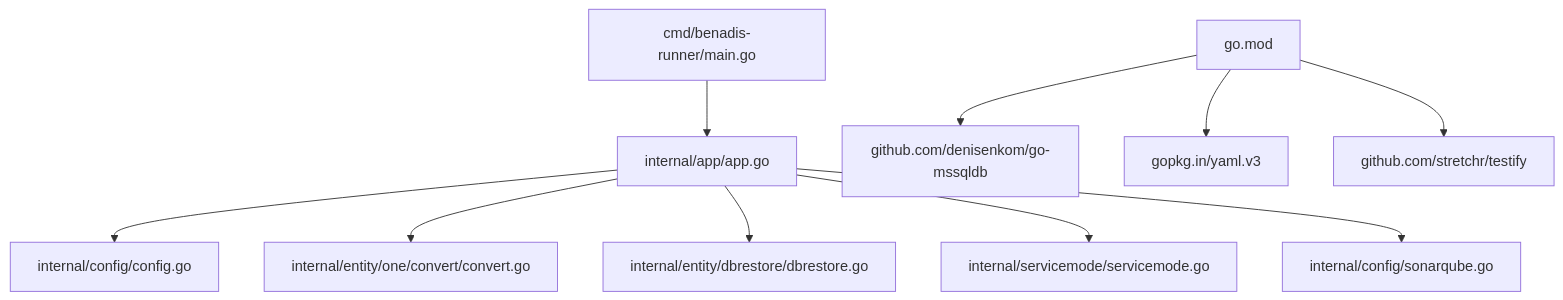
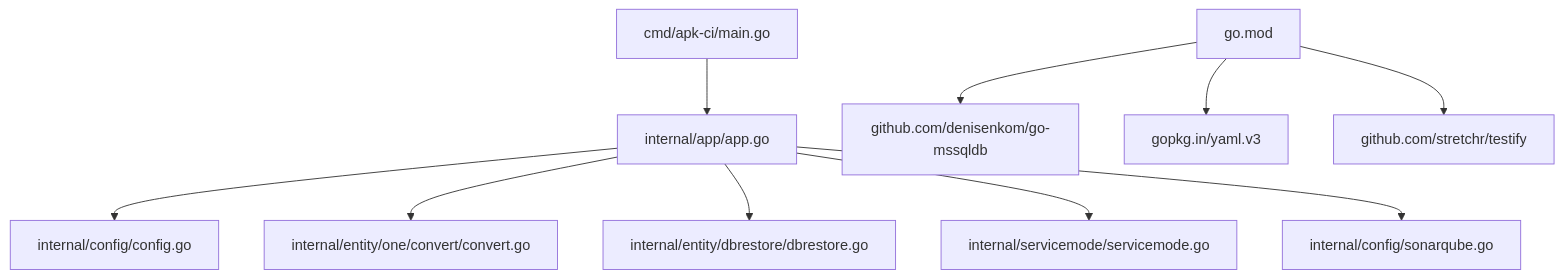
One commit to Kargones/apk-ci changed the ninth of 9 diagrams in .qoder/repowiki/en/content/Tool Overview & Core Value/Documentation Structure.md. Above: the diagram before and after it, drawn with Mermaid. The commit also changed other lines of this file and 189 other files, not shown here.

Commit message:
Замена benadis-runner на apk-ci.

````diff
--- a/.qoder/repowiki/en/content/Tool Overview & Core Value/Documentation Structure.md
+++ b/.qoder/repowiki/en/content/Tool Overview & Core Value/Documentation Structure.md
@@ -356,12 +356,12 @@
 ```mermaid
 graph TB
-MAIN["cmd/benadis-runner/main.go"] --> APP["internal/app/app.go"]
+MAIN["cmd/apk-ci/main.go"] --> APP["internal/app/app.go"]
 APP --> CFG["internal/config/config.go"]
 APP --> CONV["internal/entity/one/convert/convert.go"]
 APP --> DBREST["internal/entity/dbrestore/dbrestore.go"]
 APP --> SM["internal/servicemode/servicemode.go"]
 APP --> SQCFG["internal/config/sonarqube.go"]
 GO_MOD["go.mod"] --> MSSQL["github.com/denisenkom/go-mssqldb"]
 GO_MOD --> YAML["gopkg.in/yaml.v3"]
 GO_MOD --> TEST["github.com/stretchr/testify"]
 ```
````
